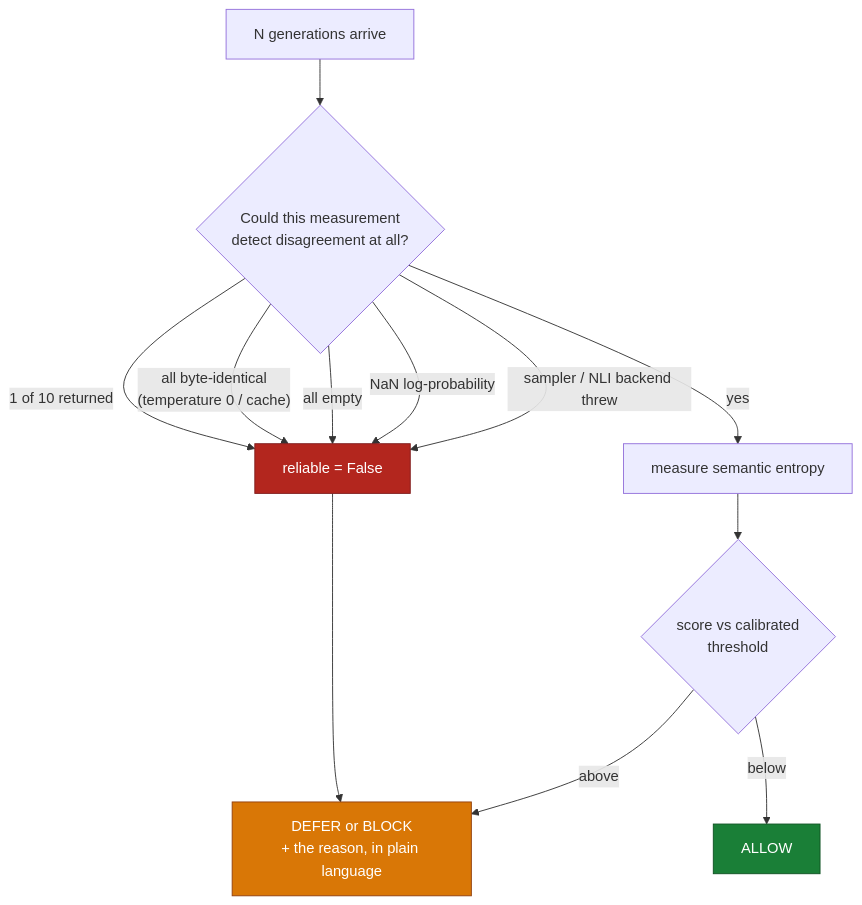
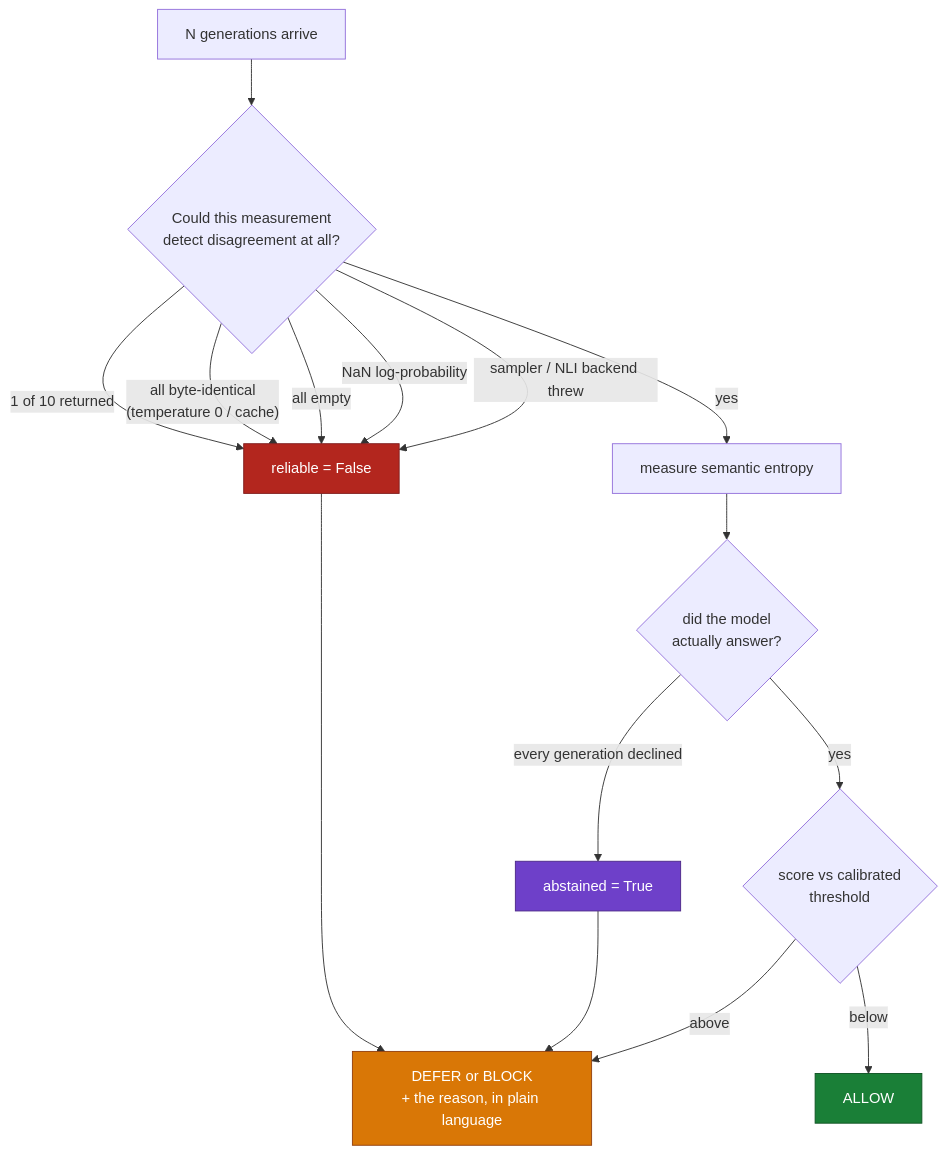
Before and after one commit to krishddd/semantic-entropy-gate: the fourth of 4 diagrams in README.md, drawn with Mermaid. The commit also changed other lines of this file and 13 other files, not shown here.

````diff
--- a/README.md
+++ b/README.md
@@ -294,18 +294,22 @@
 ```mermaid
 flowchart TD
     S["N generations arrive"] --> C{"Could this measurement<br/>detect disagreement at all?"}
     C -->|"1 of 10 returned"| U["reliable = False"]
     C -->|"all byte-identical<br/>(temperature 0 / cache)"| U
     C -->|"all empty"| U
     C -->|"NaN log-probability"| U
     C -->|"sampler / NLI backend threw"| U
     C -->|"yes"| M["measure semantic entropy"]
     U --> D["DEFER or BLOCK<br/>+ the reason, in plain language"]
-    M --> T{"score vs calibrated<br/>threshold"}
+    M --> R{"did the model<br/>actually answer?"}
+    R -->|"every generation declined"| N["abstained = True"]
+    N --> D
+    R -->|"yes"| T{"score vs calibrated<br/>threshold"}
     T -->|below| A["ALLOW"]
     T -->|above| D
 
     style U fill:#b3261e,stroke:#7f1d1d,color:#fff
+    style N fill:#6e40c9,stroke:#4c2889,color:#fff
     style D fill:#d97706,stroke:#92400e,color:#fff
     style A fill:#1a7f37,stroke:#0f5323,color:#fff
 ```
````
